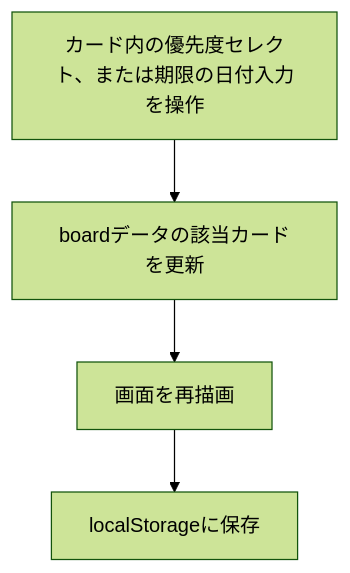
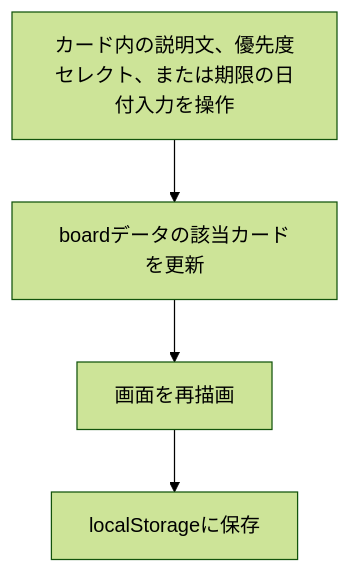
One commit to ibubu7777777-ux/TaskManagement changed the second of 6 diagrams in docs/画面設計.md. Above: the diagram before and after it, drawn with Mermaid (forest theme). The commit also changed other lines of this file and 9 other files, not shown here.

````diff
--- a/docs/画面設計.md
+++ b/docs/画面設計.md
@@ -56,6 +77,6 @@
 ```mermaid
 flowchart TD
-    A[カード内の優先度セレクト、または期限の日付入力を操作] --> B[boardデータの該当カードを更新]
+    A[カード内の説明文、優先度セレクト、または期限の日付入力を操作] --> B[boardデータの該当カードを更新]
     B --> C[画面を再描画]
     C --> D[localStorageに保存]
 ```
````
